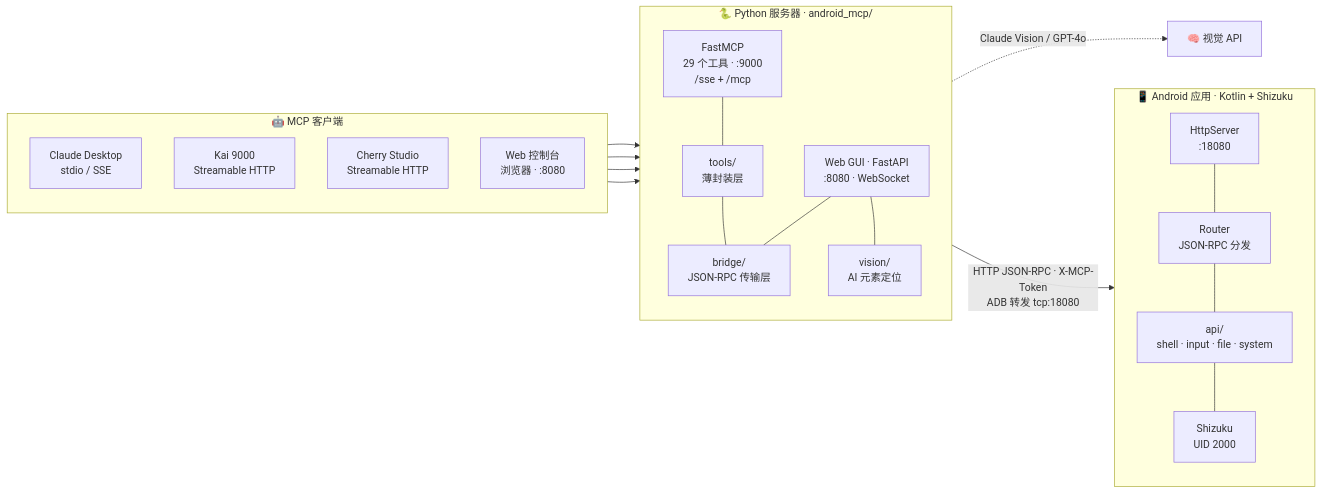
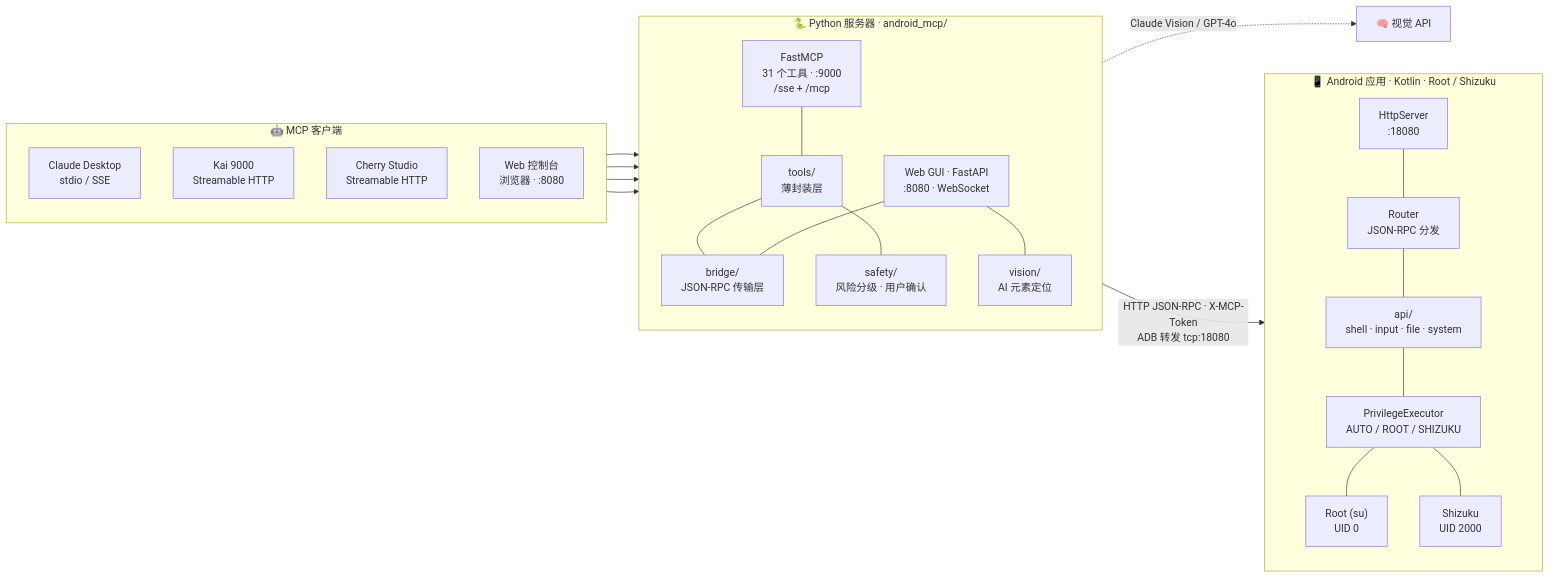
The diagram in README_zh.md (shuao-pro/android-mcp), drawn with Mermaid before and after one commit. The commit also changed other lines of this file and 34 other files, not shown here.

First line of the commit message:
feat: add root mode, privilege mode selection, and safety guard

````diff
--- a/README_zh.md
+++ b/README_zh.md
@@ -25,41 +25,47 @@
 ```mermaid
 flowchart LR
     subgraph CLIENTS["🤖 MCP 客户端"]
         direction TB
         C1["Claude Desktop<br/>stdio / SSE"]
         C2["Kai 9000<br/>Streamable HTTP"]
         C3["Cherry Studio<br/>Streamable HTTP"]
         C4["Web 控制台<br/>浏览器 · :8080"]
     end
 
     subgraph SERVER["🐍 Python 服务器 · android_mcp/"]
         direction TB
-        S1["FastMCP<br/>29 个工具 · :9000<br/>/sse + /mcp"]
+        S1["FastMCP<br/>31 个工具 · :9000<br/>/sse + /mcp"]
         S2["Web GUI · FastAPI<br/>:8080 · WebSocket"]
         S3["tools/<br/>薄封装层"]
         S4["bridge/<br/>JSON-RPC 传输层"]
         S5["vision/<br/>AI 元素定位"]
+        S6["safety/<br/>风险分级 · 用户确认"]
         S1 --- S3
         S3 --- S4
+        S3 --- S6
         S2 --- S4
         S2 --- S5
     end
 
-    subgraph PHONE["📱 Android 应用 · Kotlin + Shizuku"]
+    subgraph PHONE["📱 Android 应用 · Kotlin · Root / Shizuku"]
         direction TB
         P1["HttpServer<br/>:18080"]
         P2["Router<br/>JSON-RPC 分发"]
         P3["api/<br/>shell · input · file · system"]
-        P4["Shizuku<br/>UID 2000"]
+        P4["PrivilegeExecutor<br/>AUTO / ROOT / SHIZUKU"]
+        P5["Root (su)<br/>UID 0"]
+        P6["Shizuku<br/>UID 2000"]
         P1 --- P2
         P2 --- P3
         P3 --- P4
+        P4 --- P5
+        P4 --- P6
     end
 
     C1 --> S1
     C2 --> S1
     C3 --> S1
     C4 --> S2
     S4 -->|"HTTP JSON-RPC · X-MCP-Token<br/>ADB 转发 tcp:18080"| P1
     S5 -.->|"Claude Vision / GPT-4o"| V["🧠 视觉 API"]
 ```
````
